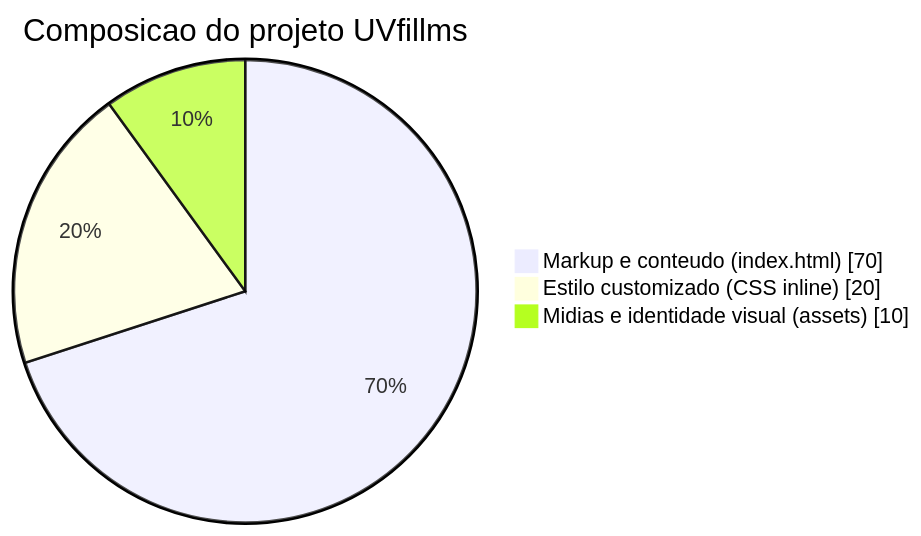
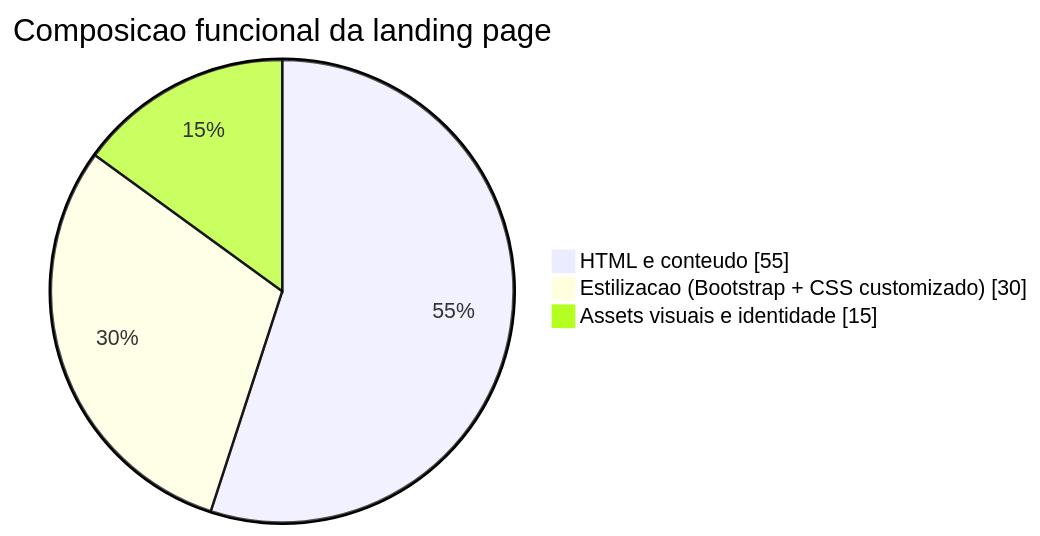
One commit to oalvesnelio/uvfillmes changed the first of 3 diagrams in README.md. Above: the diagram before and after it, drawn with Mermaid. The commit also changed other lines of this file and 1 other file, not shown here.

Commit message:
feat: adicionar documentação para projeto front-end e atualizar README com informações detalhadas

````diff
--- a/README.md
+++ b/README.md
@@ -33,7 +35,7 @@
 ```mermaid
 pie showData
-	title Composicao do projeto UVfillms
-	"Markup e conteudo (index.html)" : 70
-	"Estilo customizado (CSS inline)" : 20
-	"Midias e identidade visual (assets)" : 10
+	title Composicao funcional da landing page
+	"HTML e conteudo" : 55
+	"Estilizacao (Bootstrap + CSS customizado)" : 30
+	"Assets visuais e identidade" : 15
 ```
````
